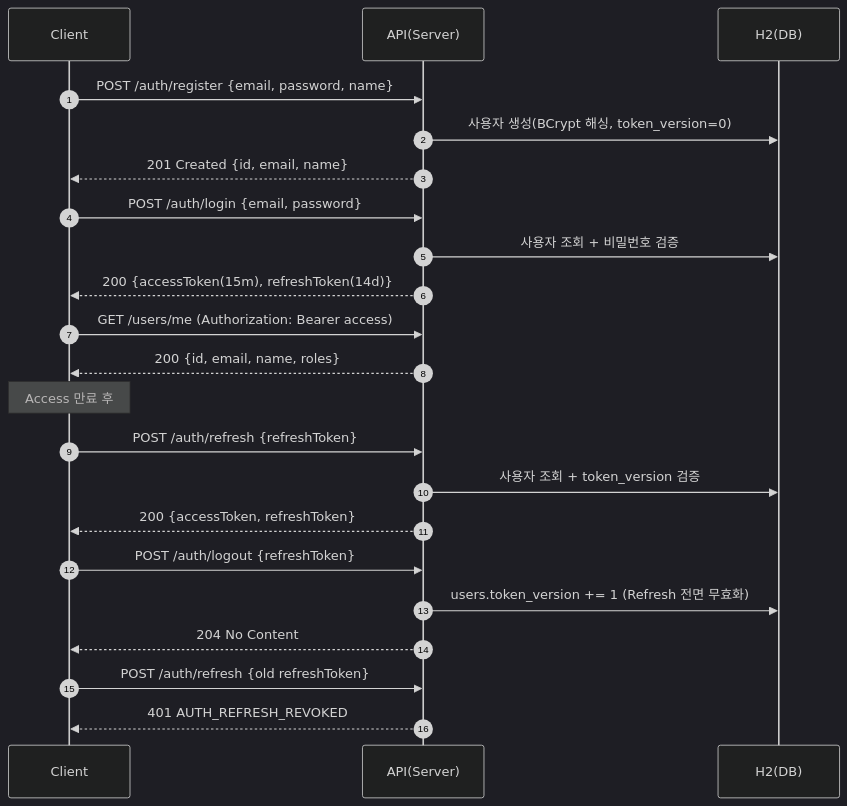
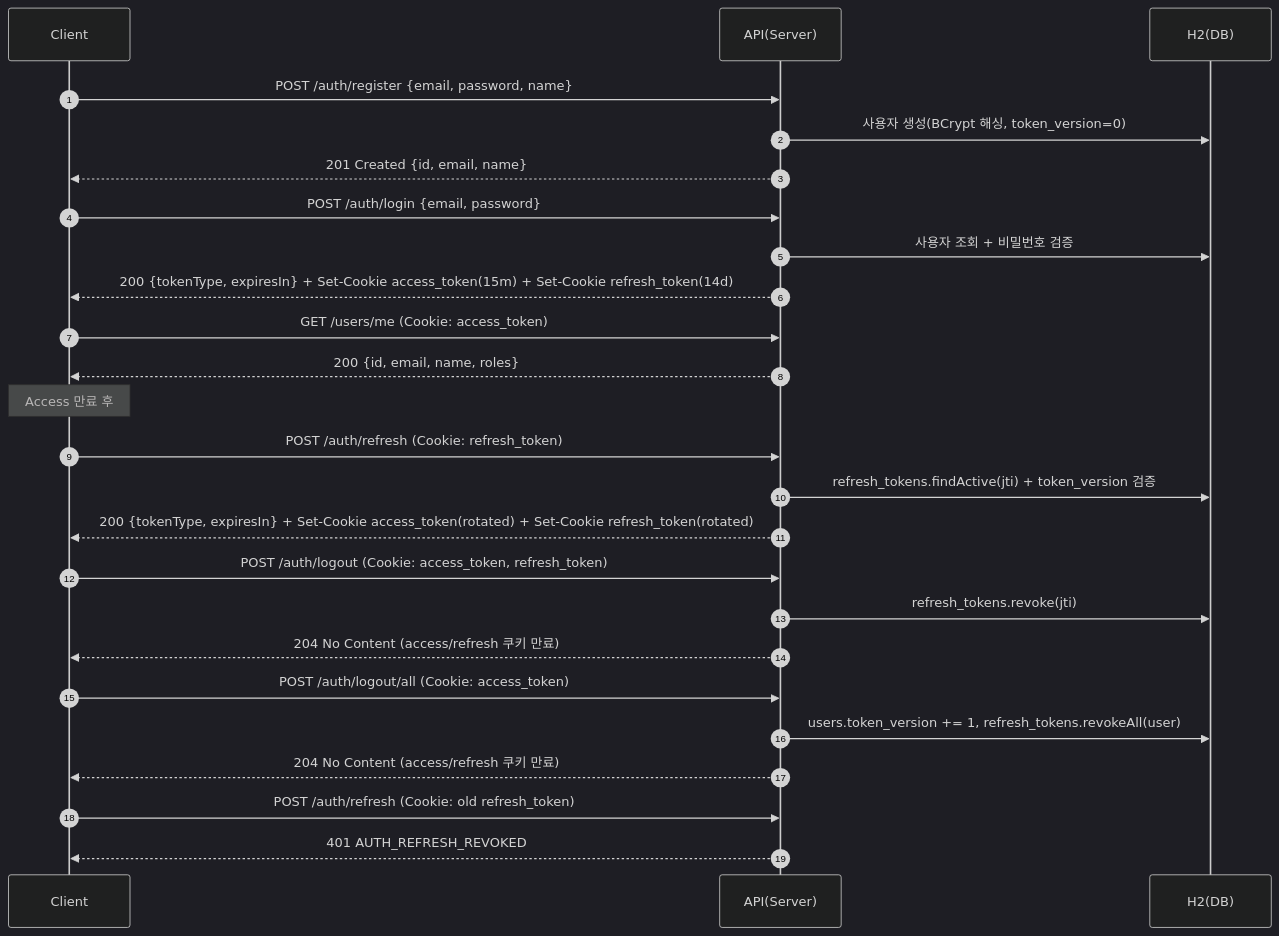
Before and after one commit to junho0831/loingTest: the first of 2 diagrams in README.md, drawn with Mermaid (dark theme). The commit also changed other lines of this file and 19 other files, not shown here.

First line of the commit message:
feat(auth,security): 강화된 Refresh 토큰 관리 및 쿠키 기반 인증 도입

````diff
--- a/README.md
+++ b/README.md
@@ -220,30 +239,34 @@
 ```mermaid
 sequenceDiagram
   autonumber
   participant C as Client
   participant A as API(Server)
   participant DB as H2(DB)
 
   C->>A: POST /auth/register {email, password, name}
   A->>DB: 사용자 생성(BCrypt 해싱, token_version=0)
   A-->>C: 201 Created {id, email, name}
 
   C->>A: POST /auth/login {email, password}
   A->>DB: 사용자 조회 + 비밀번호 검증
-  A-->>C: 200 {accessToken(15m), refreshToken(14d)}
+  A-->>C: 200 {tokenType, expiresIn} + Set-Cookie access_token(15m) + Set-Cookie refresh_token(14d)
 
-  C->>A: GET /users/me (Authorization: Bearer access)
+  C->>A: GET /users/me (Cookie: access_token)
   A-->>C: 200 {id, email, name, roles}
 
   Note over C: Access 만료 후
-  C->>A: POST /auth/refresh {refreshToken}
-  A->>DB: 사용자 조회 + token_version 검증
-  A-->>C: 200 {accessToken, refreshToken}
+  C->>A: POST /auth/refresh (Cookie: refresh_token)
+  A->>DB: refresh_tokens.findActive(jti) + token_version 검증
+  A-->>C: 200 {tokenType, expiresIn} + Set-Cookie access_token(rotated) + Set-Cookie refresh_token(rotated)
 
-  C->>A: POST /auth/logout {refreshToken}
-  A->>DB: users.token_version += 1 (Refresh 전면 무효화)
-  A-->>C: 204 No Content
+  C->>A: POST /auth/logout (Cookie: access_token, refresh_token)
+  A->>DB: refresh_tokens.revoke(jti)
+  A-->>C: 204 No Content (access/refresh 쿠키 만료)
 
-  C->>A: POST /auth/refresh {old refreshToken}
+  C->>A: POST /auth/logout/all (Cookie: access_token)
+  A->>DB: users.token_version += 1, refresh_tokens.revokeAll(user)
+  A-->>C: 204 No Content (access/refresh 쿠키 만료)
+
+  C->>A: POST /auth/refresh (Cookie: old refresh_token)
   A-->>C: 401 AUTH_REFRESH_REVOKED
 ```
````
